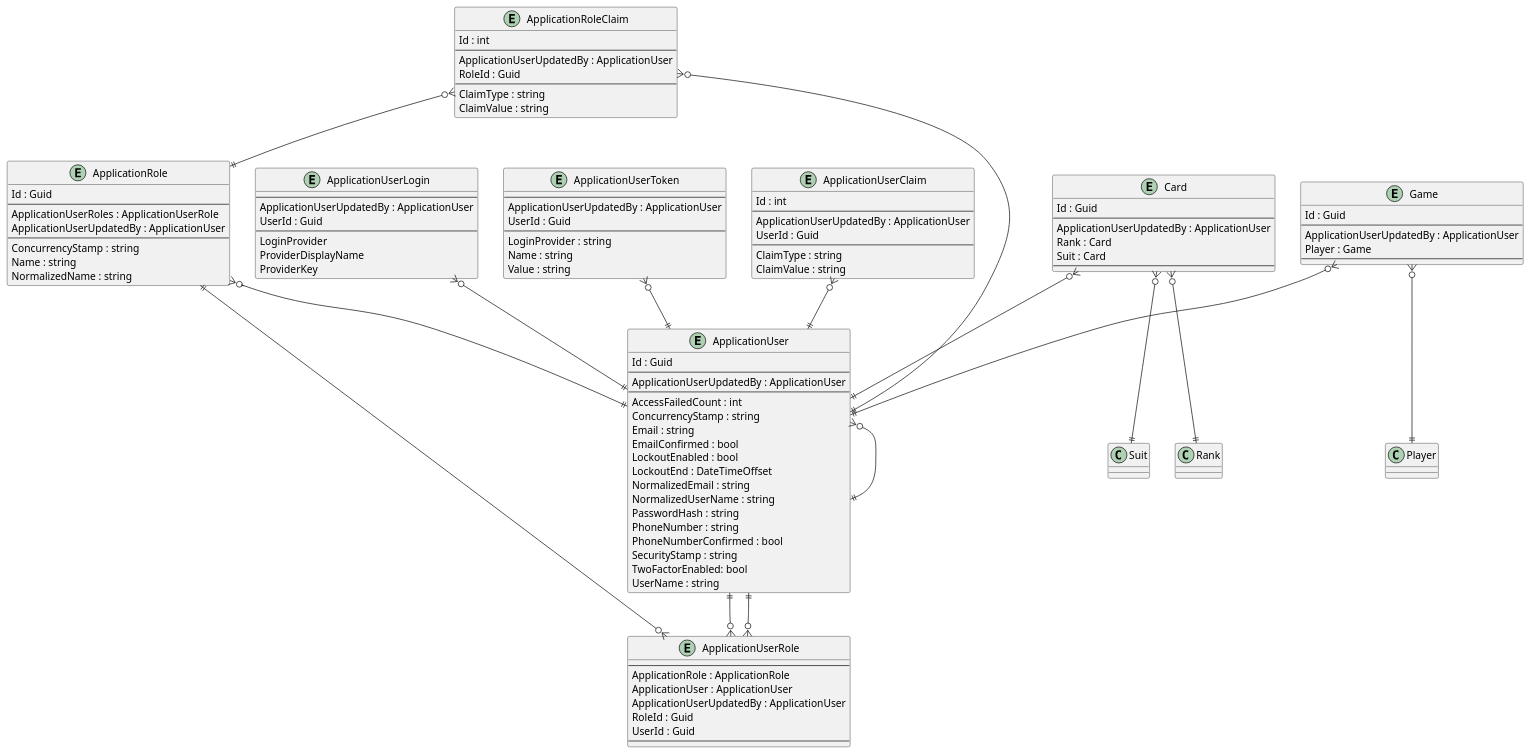
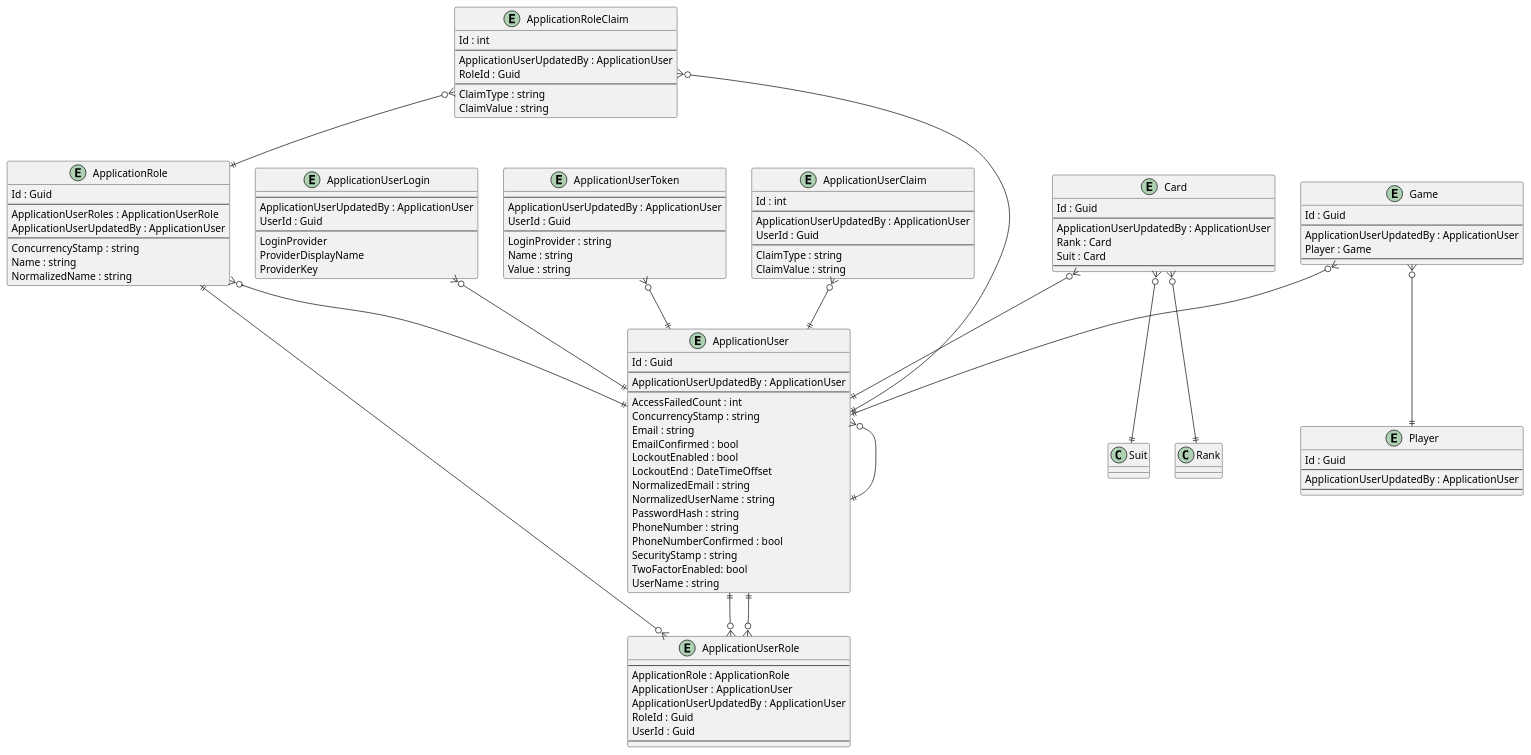
The diagram in .docs/Intrepion.KlondikeSolitaire.pu (intrepion/intrepion_klondike-solitaire_csharp), drawn with PlantUML before and after one commit.

```diff
--- a/.docs/Intrepion.KlondikeSolitaire.pu
+++ b/.docs/Intrepion.KlondikeSolitaire.pu
@@ -1,127 +1,136 @@
 @startuml
 
 entity ApplicationRole {
     Id : Guid
     --
     ApplicationUserRoles : ApplicationUserRole
     ApplicationUserUpdatedBy : ApplicationUser
     --
     ConcurrencyStamp : string
     Name : string
     NormalizedName : string
 }
 
 entity ApplicationRoleClaim {
     Id : int
     --
     ApplicationUserUpdatedBy : ApplicationUser
     RoleId : Guid
     --
     ClaimType : string
     ClaimValue : string
 }
 
 entity ApplicationUser {
     Id : Guid
     --
     ApplicationUserUpdatedBy : ApplicationUser
     ' ApplicationUserKeyCodePlaceholder
     --
     AccessFailedCount : int
     ConcurrencyStamp : string
     Email : string
     EmailConfirmed : bool
     LockoutEnabled : bool
     LockoutEnd : DateTimeOffset
     NormalizedEmail : string
     NormalizedUserName : string
     PasswordHash : string
     PhoneNumber : string
     PhoneNumberConfirmed : bool
     SecurityStamp : string
     TwoFactorEnabled: bool
     UserName : string
 }
 
 entity ApplicationUserClaim {
     Id : int
     --
     ApplicationUserUpdatedBy : ApplicationUser
     UserId : Guid
     --
     ClaimType : string
     ClaimValue : string
 }
 
 entity ApplicationUserLogin {
     --
     ApplicationUserUpdatedBy : ApplicationUser
     UserId : Guid
     --
     LoginProvider
     ProviderDisplayName
     ProviderKey
 }
 
 entity ApplicationUserRole {
     --
     ApplicationRole : ApplicationRole
     ApplicationUser : ApplicationUser
     ApplicationUserUpdatedBy : ApplicationUser
     RoleId : Guid
     UserId : Guid
     --
 }
 
 entity ApplicationUserToken {
     --
     ApplicationUserUpdatedBy : ApplicationUser
     UserId : Guid
     --
     LoginProvider : string
     Name : string
     Value : string
 }
 
 entity Card {
     Id : Guid
     --
     ApplicationUserUpdatedBy : ApplicationUser
     Rank : Card
     Suit : Card
     ' CardKeyCodePlaceholder
     --
     ' CardPropertyCodePlaceholder
 }
 
 entity Game {
     Id : Guid
     --
     ApplicationUserUpdatedBy : ApplicationUser
     Player : Game
     ' GameKeyCodePlaceholder
     --
     ' GamePropertyCodePlaceholder
 }
 
+entity Player {
+    Id : Guid
+    --
+    ApplicationUserUpdatedBy : ApplicationUser
+    ' PlayerKeyCodePlaceholder
+    --
+    ' PlayerPropertyCodePlaceholder
+}
+
 ' EntityCodePlaceholder
 
 ApplicationRole ||--o{ ApplicationUserRole
 ApplicationRole }o--|| ApplicationUser
 ApplicationRoleClaim }o--|| ApplicationRole
 ApplicationRoleClaim }o--|| ApplicationUser
 ApplicationUser }o--|| ApplicationUser
 ApplicationUser ||--o{ ApplicationUserRole
 ApplicationUserClaim }o--|| ApplicationUser
 ApplicationUserLogin }o--|| ApplicationUser
 ApplicationUserRole }o--|| ApplicationUser
 ApplicationUserToken }o--|| ApplicationUser
 
 Card }o--|| ApplicationUser
 Card }o--|| Rank
 Card }o--|| Suit
 Game }o--|| ApplicationUser
 Game }o--|| Player
 ' RelationshipCodePlaceholder
 
 @enduml
```
